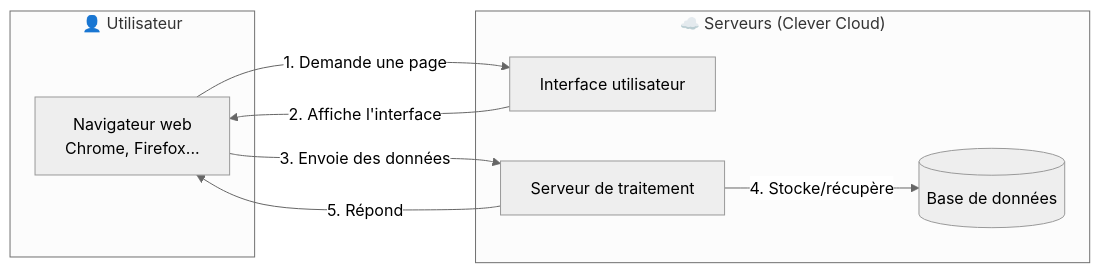
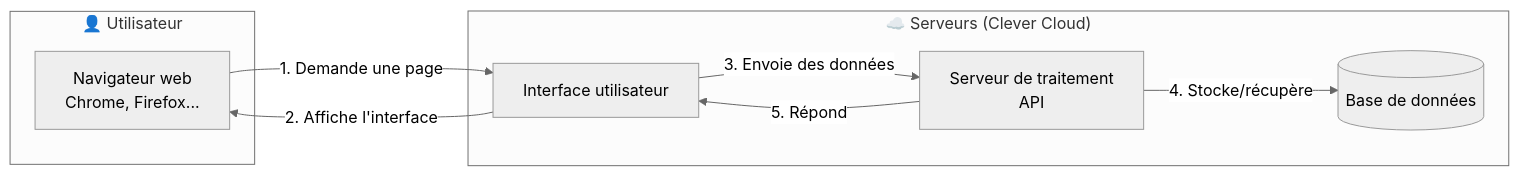
One commit to MTES-MCT/zero-logement-vacant changed the first of 6 diagrams in docs/technical/DAT-Dossier-Architecture-Technique.md. Above: the diagram before and after it, drawn with Mermaid (neutral theme). The commit also changed other lines of this file and 3 other files, not shown here.

````diff
--- a/docs/technical/DAT-Dossier-Architecture-Technique.md
+++ b/docs/technical/DAT-Dossier-Architecture-Technique.md
@@ -81,18 +83,18 @@
 ```mermaid
 flowchart LR
     subgraph Utilisateur["👤 Utilisateur"]
         Browser[Navigateur web<br/>Chrome, Firefox...]
     end
 
     subgraph Cloud["☁️ Serveurs (Clever Cloud)"]
         Frontend[Interface utilisateur]
-        Backend[Serveur de traitement]
+        Backend[Serveur de traitement<br/>API]
         DB[(Base de données)]
     end
 
     Browser -->|1. Demande une page| Frontend
     Frontend -->|2. Affiche l'interface| Browser
-    Browser -->|3. Envoie des données| Backend
+    Frontend -->|3. Envoie des données| Backend
     Backend -->|4. Stocke/récupère| DB
-    Backend -->|5. Répond| Browser
+    Backend -->|5. Répond| Frontend
 ```
````
